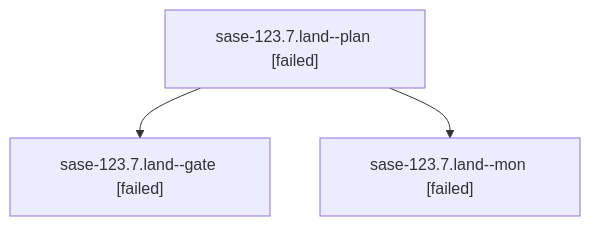
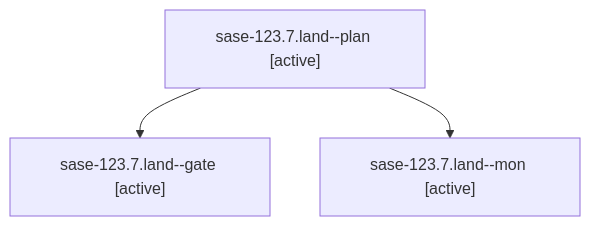
One commit to sase-org/sase--agents changed the diagram in families/bbugyi200.athena.sase-123.7.land.md. Above: the diagram before and after it, drawn with Mermaid. The commit also changed other lines of this file and 35830 other files, not shown here.

````diff
--- a/families/bbugyi200.athena.sase-123.7.land.md
+++ b/families/bbugyi200.athena.sase-123.7.land.md
@@ -9,8 +9,8 @@
 ```mermaid
 flowchart TD
-  n0["sase-123.7.land--plan [failed]"]
-  n1["sase-123.7.land--gate [failed]"]
+  n0["sase-123.7.land--plan [active]"]
+  n1["sase-123.7.land--gate [active]"]
   n0 --> n1
-  n2["sase-123.7.land--mon [failed]"]
+  n2["sase-123.7.land--mon [active]"]
   n0 --> n2
 ```
````
